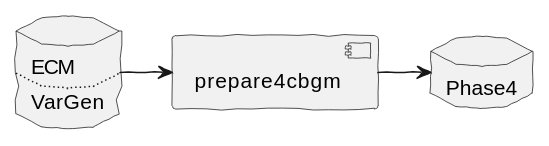
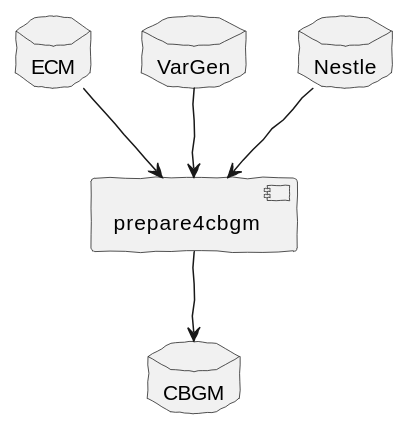
The first of 2 diagrams in doc_src/intro.rst (cceh/ntg), drawn with PlantUML before and after one commit. The commit also changed other lines of this file and 84 other files, not shown here.

```diff
--- a/doc_src/intro.rst
+++ b/doc_src/intro.rst
@@ -35,16 +39,16 @@
 .. uml::
    :align: center
    :caption: Database Preparation
 
    skinparam handwritten true
 
-   database db [
-    ECM
-   ....
-   VarGen
-   ]
+   database "ECM"    as dbsrc1
+   database "VarGen" as dbsrc2
+   database "Nestle" as dbsrc3
    component "prepare4cbgm" as p4c
-   database "Phase4" as db2
+   database "CBGM"   as db
 
-   db -r-> p4c
-   p4c -> db2
+   dbsrc1 --> p4c
+   dbsrc2 --> p4c
+   dbsrc3 --> p4c
+   p4c --> db
```
